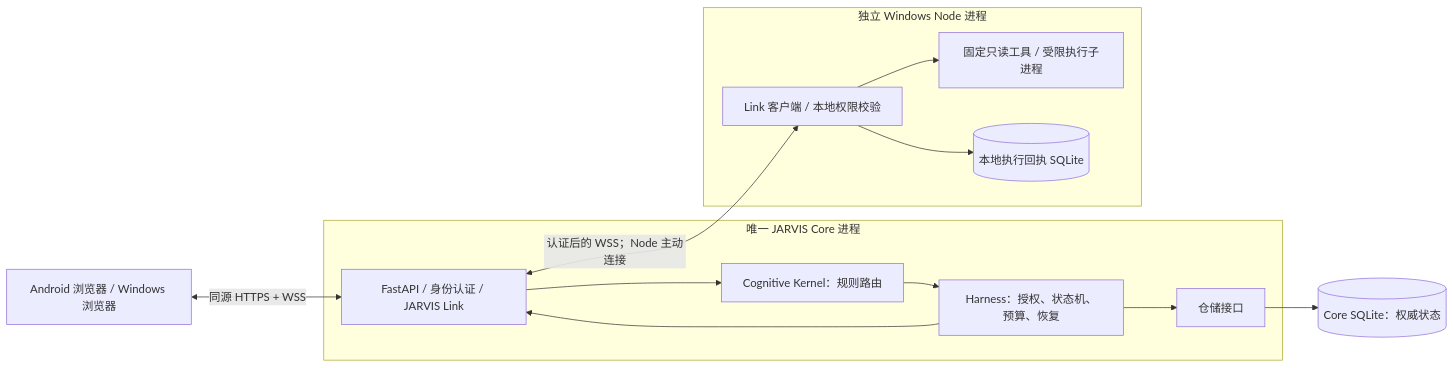
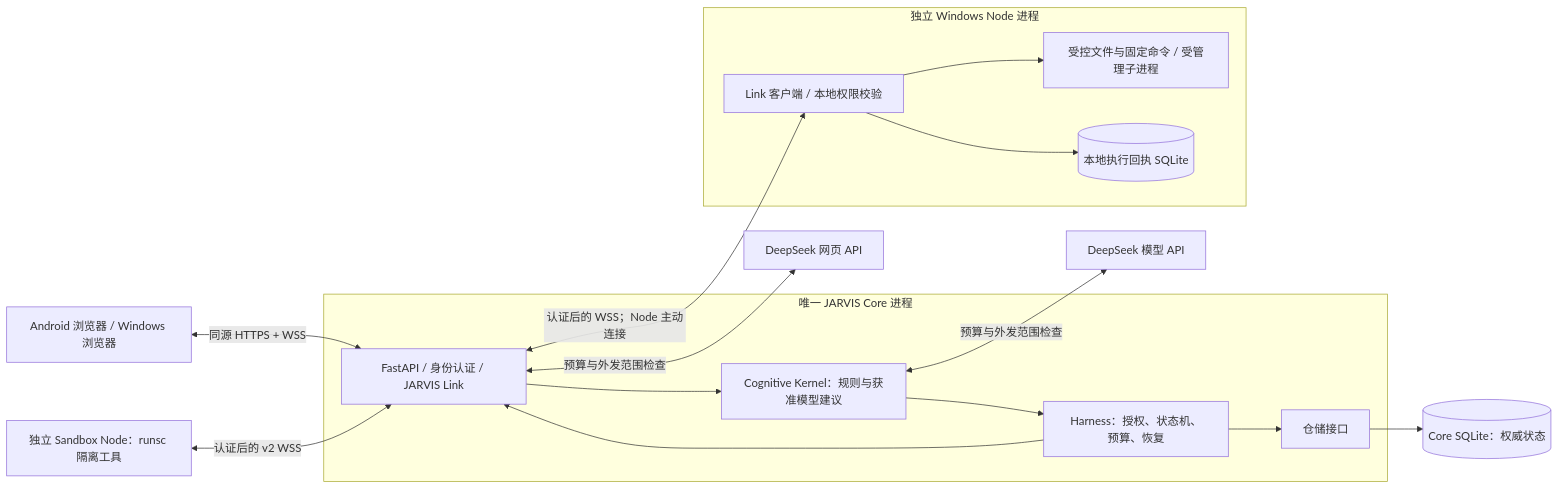
Before and after one commit to jxt159753/nexus: the first of 3 diagrams in docs/ARCHITECTURE.md, drawn with Mermaid. The commit also changed other lines of this file and 86 other files, not shown here.

````diff
--- a/docs/ARCHITECTURE.md
+++ b/docs/ARCHITECTURE.md
@@ -85,23 +87,26 @@
 ```mermaid
 flowchart LR
     W[Android 浏览器 / Windows 浏览器]
     subgraph C[唯一 JARVIS Core 进程]
         A[FastAPI / 身份认证 / JARVIS Link]
-        K[Cognitive Kernel：规则路由]
+        K[Cognitive Kernel：规则与获准模型建议]
         H[Harness：授权、状态机、预算、恢复]
         R[仓储接口]
         A --> K --> H --> R
         H --> A
     end
     D[(Core SQLite：权威状态)]
     subgraph N[独立 Windows Node 进程]
         L[Link 客户端 / 本地权限校验]
-        T[固定只读工具 / 受限执行子进程]
+        T[受控文件与固定命令 / 受管理子进程]
         J[(本地执行回执 SQLite)]
         L --> T
         L --> J
     end
     W <-->|同源 HTTPS + WSS| A
     A <-->|认证后的 WSS；Node 主动连接| L
+    S[独立 Sandbox Node：runsc 隔离工具] <-->|认证后的 v2 WSS| A
+    K <-->|预算与外发范围检查| M[DeepSeek 模型 API]
+    A <-->|预算与外发范围检查| E[DeepSeek 网页 API]
     R --> D
 ```
````
